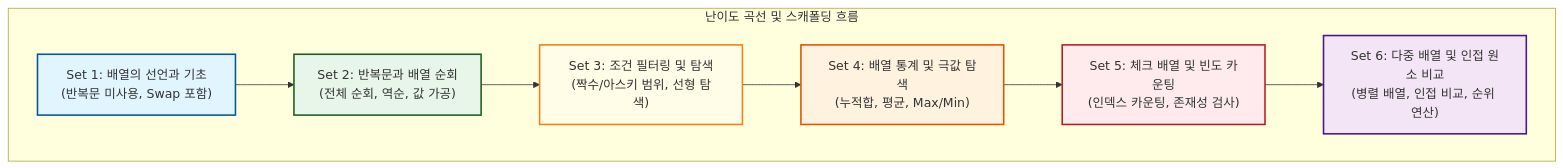
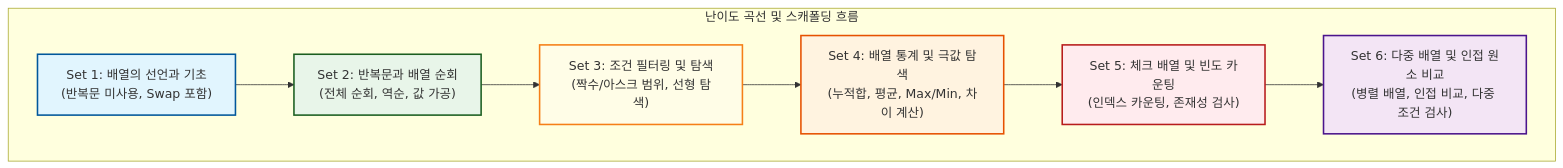
Before and after one commit to sleepyhood/StepCode: the first of 2 diagrams in practice/data/content/programming/doingcoding/Lv10 배열(1차)/workspace_evaluation_report.md, drawn with Mermaid. The commit also changed other lines of this file and 64 other files, not shown here.

````diff
--- a/practice/data/content/programming/doingcoding/Lv10 배열(1차)/workspace_evaluation_report.md
+++ b/practice/data/content/programming/doingcoding/Lv10 배열(1차)/workspace_evaluation_report.md
@@ -17,17 +17,17 @@
 ```mermaid
 graph TD
     subgraph "난이도 곡선 및 스캐폴딩 흐름"
         S1["Set 1: 배열의 선언과 기초<br>(반복문 미사용, Swap 포함)"] --> S2["Set 2: 반복문과 배열 순회<br>(전체 순회, 역순, 값 가공)"]
-        S2 --> S3["Set 3: 조건 필터링 및 탐색<br>(짝수/아스키 범위, 선형 탐색)"]
-        S3 --> S4["Set 4: 배열 통계 및 극값 탐색<br>(누적합, 평균, Max/Min)"]
+        S2 --> S3["Set 3: 조건 필터링 및 탐색<br>(짝수/아스크 범위, 선형 탐색)"]
+        S3 --> S4["Set 4: 배열 통계 및 극값 탐색<br>(누적합, 평균, Max/Min, 차이 계산)"]
         S4 --> S5["Set 5: 체크 배열 및 빈도 카운팅<br>(인덱스 카운팅, 존재성 검사)"]
-        S5 --> S6["Set 6: 다중 배열 및 인접 원소 비교<br>(병렬 배열, 인접 비교, 순위 연산)"]
+        S5 --> S6["Set 6: 다중 배열 및 인접 원소 비교<br>(병렬 배열, 인접 비교, 다중 조건 검사)"]
     end
     
     style S1 fill:#e1f5fe,stroke:#01579b,stroke-width:2px
     style S2 fill:#e8f5e9,stroke:#1b5e20,stroke-width:2px
     style S3 fill:#fffde7,stroke:#f57f17,stroke-width:2px
     style S4 fill:#fff3e0,stroke:#e65100,stroke-width:2px
     style S5 fill:#ffebee,stroke:#b71c1c,stroke-width:2px
     style S6 fill:#f3e5f5,stroke:#4a148c,stroke-width:2px
 ```
````
